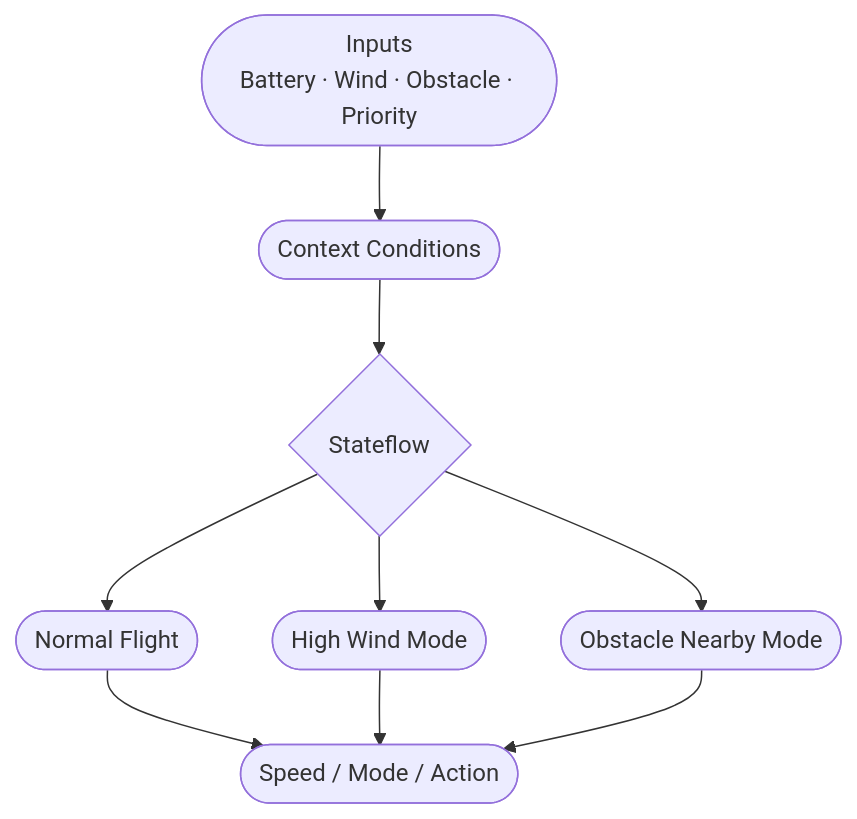
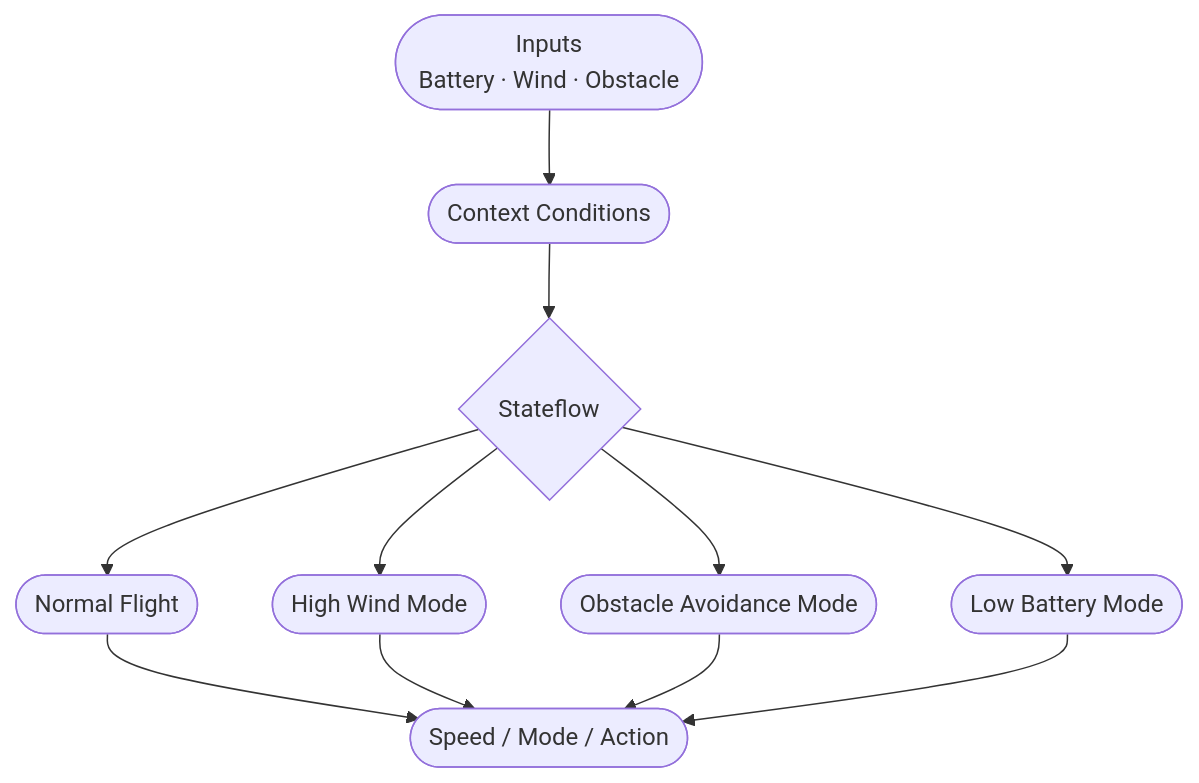
The third of 6 diagrams in Matlab+ Simulink/README.md (varunnn888/Drones_S5_CD11_Adaptive_Context_Aware_Decision), drawn with Mermaid before and after one commit. The commit also changed other lines of this file, not shown here.

````diff
--- a/Matlab+ Simulink/README.md
+++ b/Matlab+ Simulink/README.md
@@ -226,18 +249,21 @@
 ```mermaid
 flowchart TD
-    A([Inputs\nBattery · Wind · Obstacle · Priority])
+    A([Inputs\nBattery · Wind · Obstacle])
     B([Context Conditions])
     C{Stateflow}
     D([Normal Flight])
     E([High Wind Mode])
-    F([Obstacle Nearby Mode])
-    G([Speed / Mode / Action])
+    F([Obstacle Avoidance Mode])
+    G([Low Battery Mode])
+    H([Speed / Mode / Action])
 
     A --> B --> C
     C --> D
     C --> E
     C --> F
-    D --> G
-    E --> G
-    F --> G
+    C --> G
+    D --> H
+    E --> H
+    F --> H
+    G --> H
 ```
````
